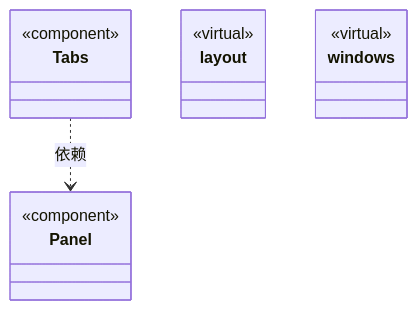
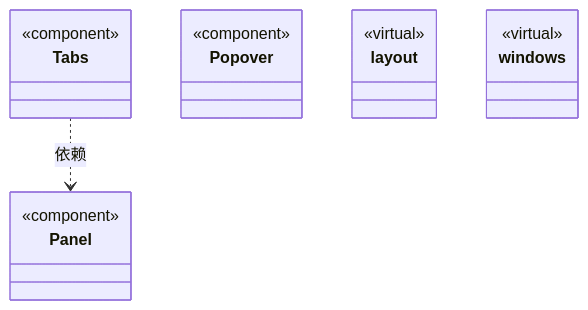
The diagram in src/framework-ui/containers/ARCHITECTURE.md (nan023062/cbim), drawn with Mermaid before and after one commit. The commit also changed other lines of this file and 37 other files, not shown here.

````diff
--- a/src/framework-ui/containers/ARCHITECTURE.md
+++ b/src/framework-ui/containers/ARCHITECTURE.md
@@ -22,20 +23,24 @@
 ```mermaid
 classDiagram
 class N_43f602610b5b["Panel"] {
   <<component>>
 }
 click N_43f602610b5b href "Panel.tsx"
 class N_f9f8a923a41f["Tabs"] {
   <<component>>
 }
 click N_f9f8a923a41f href "Tabs.tsx"
+class N_f4632fc9d2a6["Popover"] {
+  <<component>>
+}
+click N_f4632fc9d2a6 href "Popover.tsx"
 class N_56bfbeebf250["layout"] {
   <<virtual>>
 }
 click N_56bfbeebf250 href "layout/ARCHITECTURE.md"
 class N_f17bf08739ff["windows"] {
   <<virtual>>
 }
 click N_f17bf08739ff href "windows/ARCHITECTURE.md"
 N_f9f8a923a41f ..> N_43f602610b5b : 依赖
 ```
````
